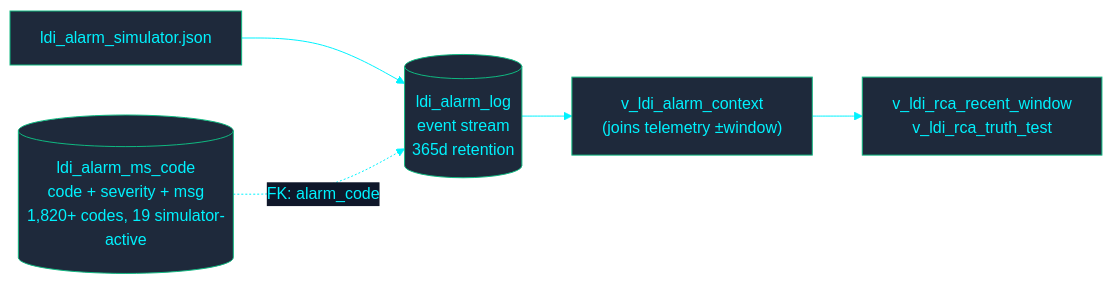
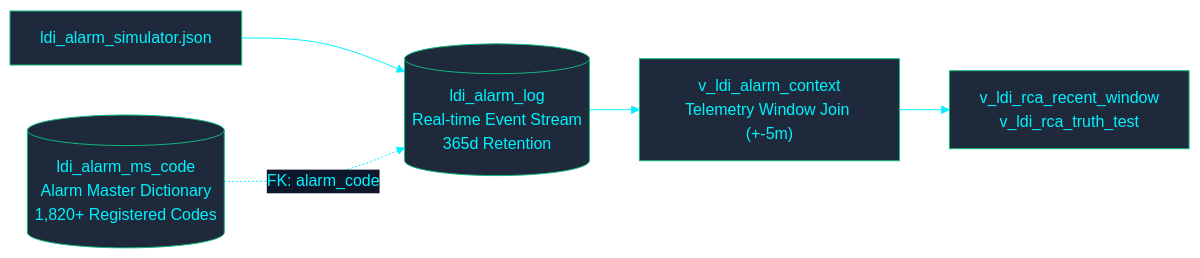
The third of 3 diagrams in docs/architecture/DATA_FLOW.md (PATTANAKORN025/IMS), drawn with Mermaid before and after one commit. The commit also changed other lines of this file and 29 other files, not shown here.

Commit message:
docs: elevate ADRs, data flow, DR playbooks, mock data, and update flag to Taiwan flag across en/th/zh-CN

````diff
--- a/docs/architecture/DATA_FLOW.md
+++ b/docs/architecture/DATA_FLOW.md
@@ -75,8 +203,14 @@
 ```mermaid
 %%{init: {'theme': 'base', 'themeVariables': { 'primaryColor': '#1e293b', 'primaryTextColor': '#00F2FE', 'primaryBorderColor': '#10B981', 'lineColor': '#00F2FE', 'secondaryColor': '#0f172a', 'tertiaryColor': '#0f172a', 'clusterBkg': '#030407', 'clusterBorder': '#00F2FE'}}}%%
 flowchart LR
- ALMSIM["ldi_alarm_simulator.json"] --> ALOG[("ldi_alarm_log\nevent stream\n365d retention")]
- MASTER[("ldi_alarm_ms_code\ncode + severity + msg\n1,820+ codes, 19 simulator-active")] -.->|"FK: alarm_code"| ALOG
- ALOG --> CTX["v_ldi_alarm_context\n(joins telemetry ±window)"]
- CTX --> RCA["v_ldi_rca_recent_window\nv_ldi_rca_truth_test"]
+  ALM_SIM["ldi_alarm_simulator.json"] --> ALOG[("ldi_alarm_log
+Real-time Event Stream
+365d Retention")]
+  MASTER[("ldi_alarm_ms_code
+Alarm Master Dictionary
+1,820+ Registered Codes")] -.->|"FK: alarm_code"| ALOG
+  ALOG --> CTX["v_ldi_alarm_context
+Telemetry Window Join (+-5m)"]
+  CTX --> RCA["v_ldi_rca_recent_window
+v_ldi_rca_truth_test"]
 ```
````
